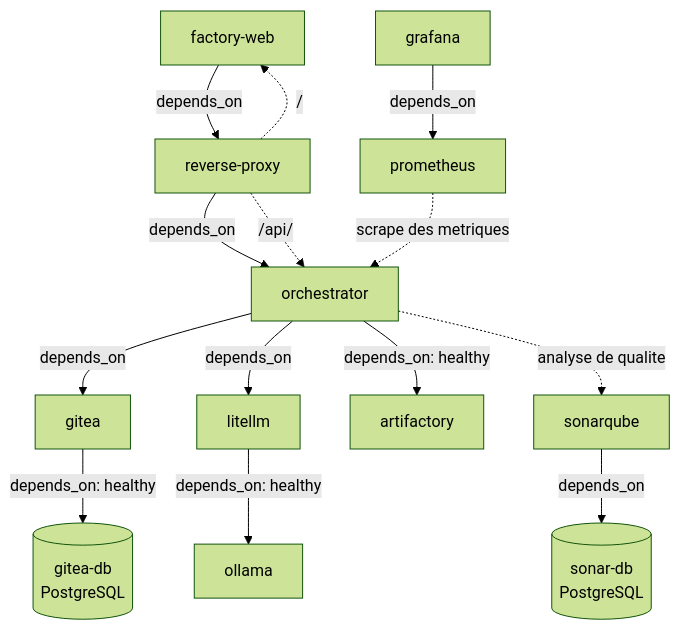
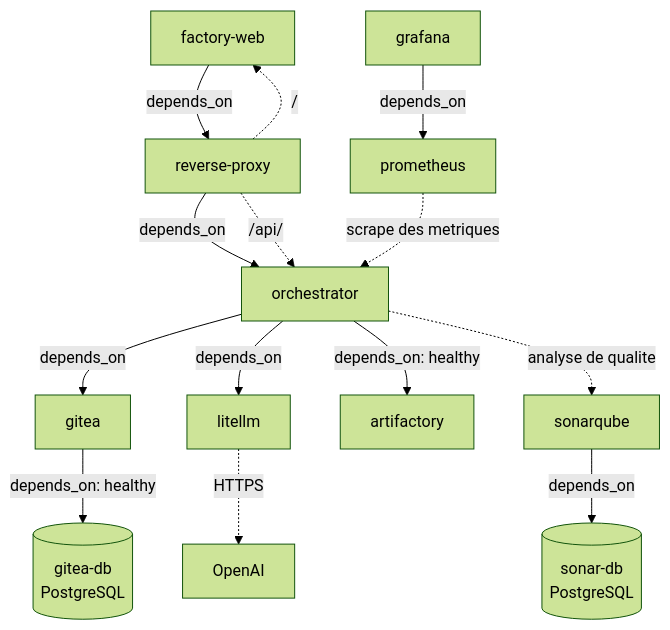
The second of 3 diagrams in docs/proto-architecture.md (dbeaumont/ai-software-factory-local), drawn with Mermaid (forest theme) before and after one commit. The commit also changed other lines of this file and 25 other files, not shown here.

````diff
--- a/docs/proto-architecture.md
+++ b/docs/proto-architecture.md
@@ -60,19 +58,19 @@
 ```mermaid
 flowchart TB
   WEB[factory-web] -->|depends_on| PROXY[reverse-proxy]
   PROXY -->|depends_on| ORCH[orchestrator]
 
   ORCH -->|depends_on| GITEA[gitea]
   GITEA -->|depends_on: healthy| GITEA_DB[(gitea-db<br/>PostgreSQL)]
   ORCH -->|depends_on| LITELLM[litellm]
-  LITELLM -->|depends_on: healthy| OLLAMA[ollama]
+  LITELLM -.->|HTTPS| OPENAI[OpenAI]
   ORCH -->|depends_on: healthy| ARTIFACTORY[artifactory]
 
   SONAR[sonarqube] -->|depends_on| SONAR_DB[(sonar-db<br/>PostgreSQL)]
   GRAFANA[grafana] -->|depends_on| PROM[prometheus]
 
   PROXY -.->|/api/| ORCH
   PROXY -.->|/| WEB
   ORCH -.->|analyse de qualite| SONAR
   PROM -.->|scrape des metriques| ORCH
 ```
````
